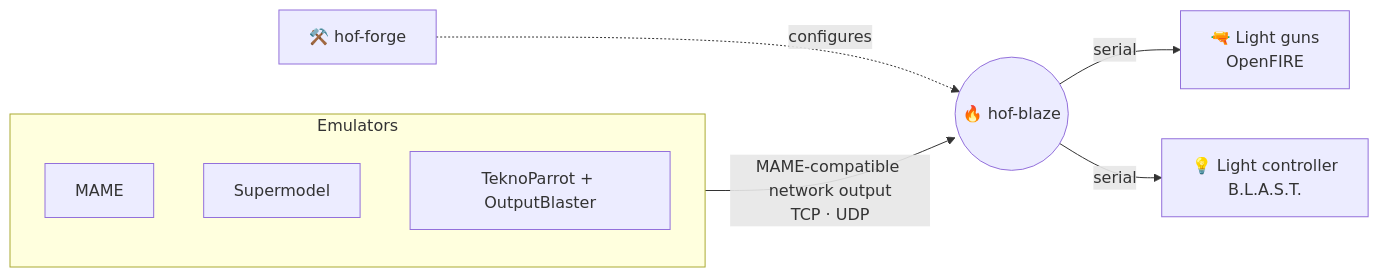
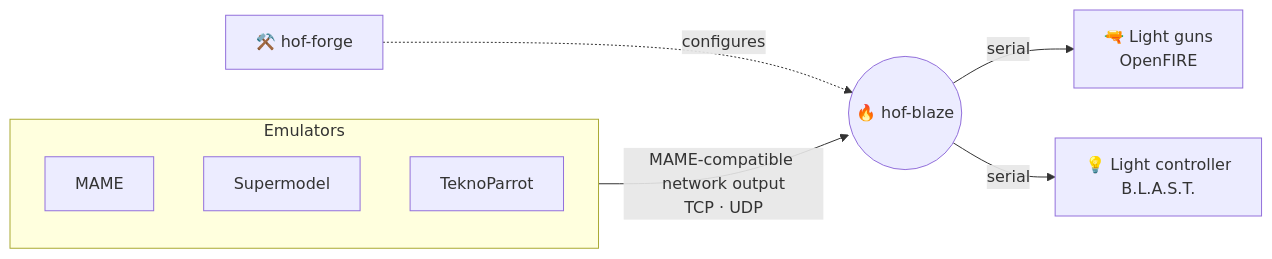
Before and after one commit to tbreckle/hooks_on_fire: the diagram in README.md, drawn with Mermaid. The commit also changed other lines of this file and 5 other files, not shown here.

````diff
--- a/README.md
+++ b/README.md
@@ -38,12 +38,12 @@
 ```mermaid
 flowchart LR
     subgraph src [Emulators]
         MAME
         Supermodel
-        TP[TeknoParrot + OutputBlaster]
+        TP[TeknoParrot]
     end
     src -- "MAME-compatible network output<br/>TCP · UDP" --> blaze(("🔥 hof-blaze"))
     blaze -- serial --> guns["🔫 Light guns<br/>OpenFIRE"]
     blaze -- serial --> lights["💡 Light controller<br/>B.L.A.S.T."]
     forge["⚒️ hof-forge"] -. configures .-> blaze
 ```
````
